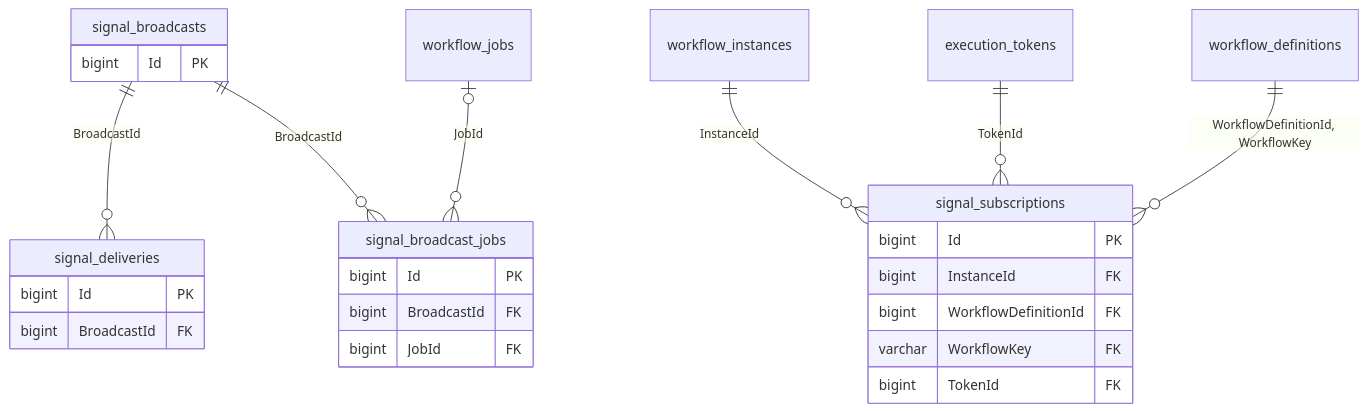
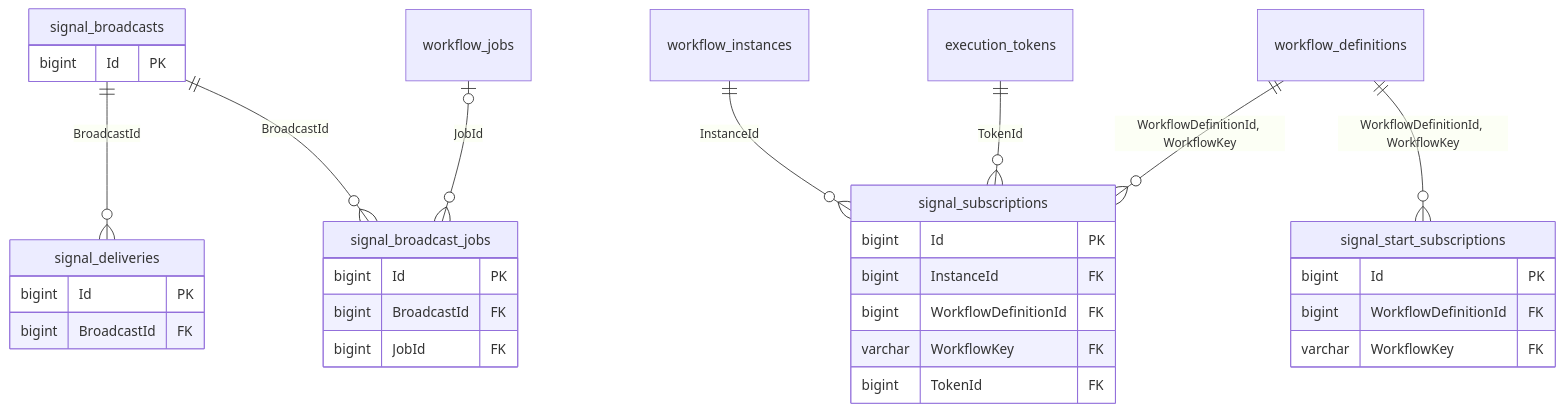
Before and after one commit to sherif-hfm/Flowbit: the ninth of 14 diagrams in docs/database-schema.md, drawn with Mermaid. The commit also changed other lines of this file and 85 other files, not shown here.

First line of the commit message:
Add signal start events (EVENT-04C)

````diff
--- a/docs/database-schema.md
+++ b/docs/database-schema.md
@@ -1235,28 +1237,34 @@
 ```mermaid
 erDiagram
     signal_subscriptions {
         bigint Id PK
         bigint InstanceId FK
         bigint WorkflowDefinitionId FK
         varchar WorkflowKey FK
         bigint TokenId FK
+    }
+    signal_start_subscriptions {
+        bigint Id PK
+        bigint WorkflowDefinitionId FK
+        varchar WorkflowKey FK
     }
     signal_broadcasts {
         bigint Id PK
     }
     signal_deliveries {
         bigint Id PK
         bigint BroadcastId FK
     }
     signal_broadcast_jobs {
         bigint Id PK
         bigint BroadcastId FK
         bigint JobId FK
     }
     workflow_instances ||--o{ signal_subscriptions : "InstanceId"
     execution_tokens ||--o{ signal_subscriptions : "TokenId"
     workflow_definitions ||--o{ signal_subscriptions : "WorkflowDefinitionId, WorkflowKey"
+    workflow_definitions ||--o{ signal_start_subscriptions : "WorkflowDefinitionId, WorkflowKey"
     signal_broadcasts ||--o{ signal_deliveries : "BroadcastId"
     signal_broadcasts ||--o{ signal_broadcast_jobs : "BroadcastId"
     workflow_jobs |o--o{ signal_broadcast_jobs : "JobId"
 ```
````
